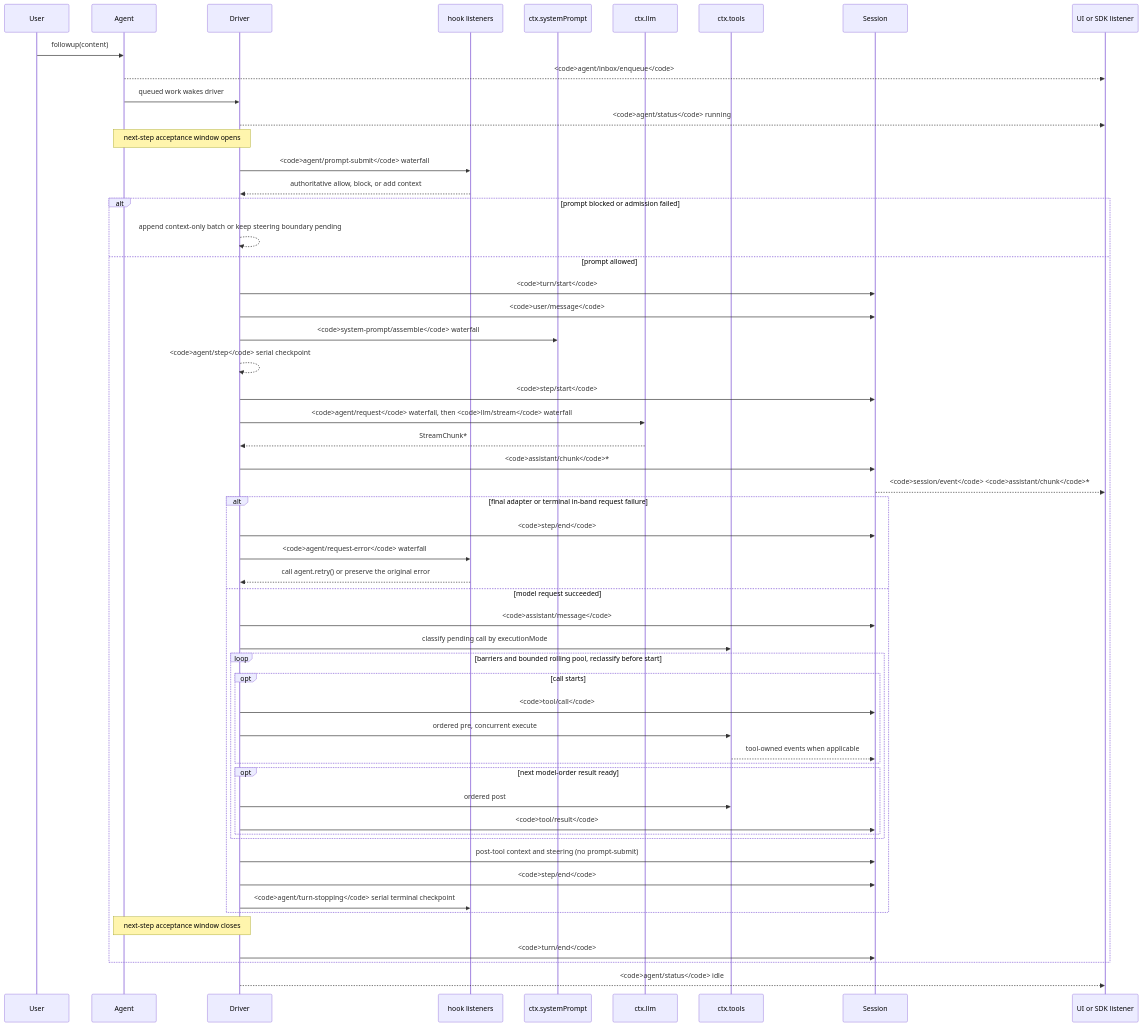
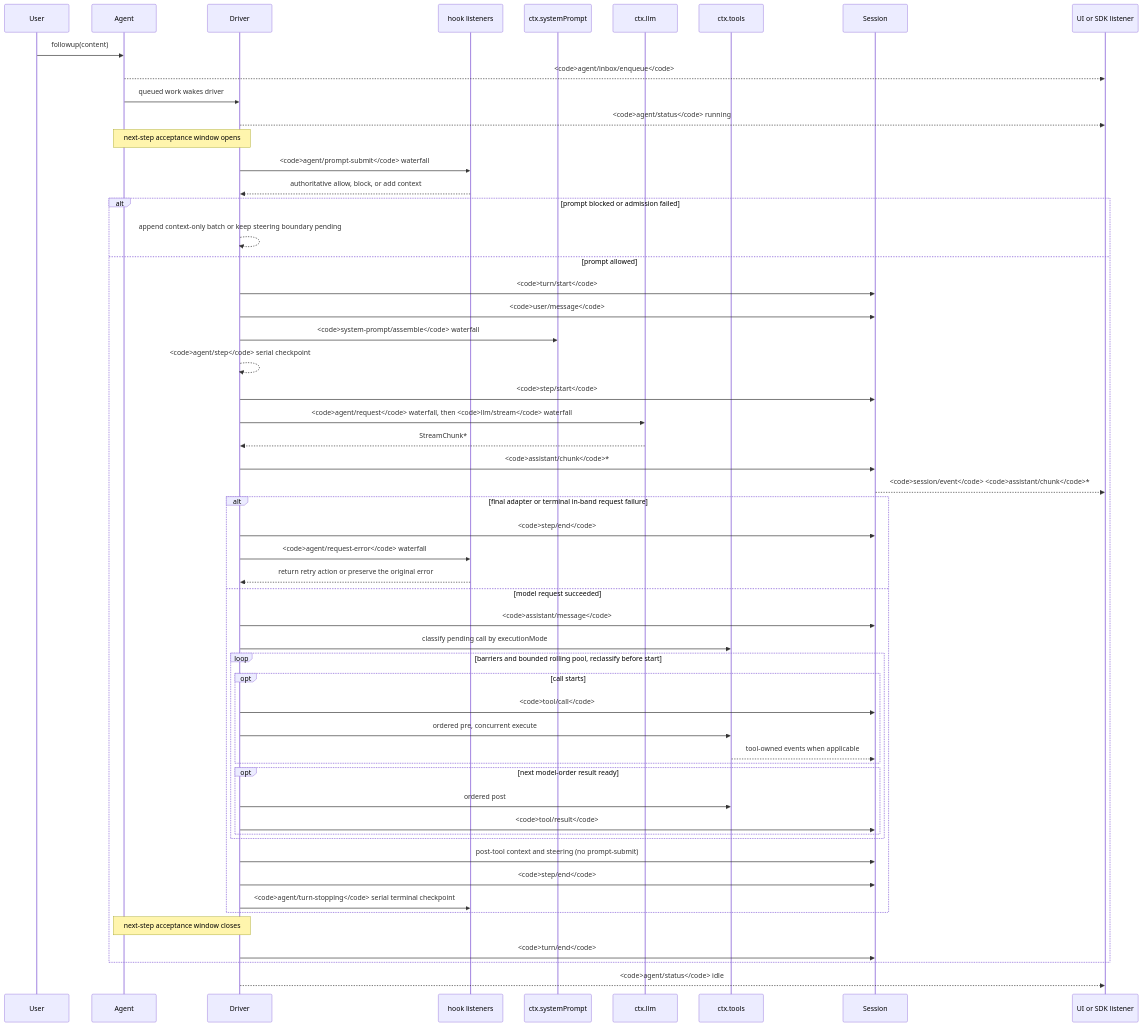
One commit to 007M7/DeepCode changed the diagram in docs/agent-lifecycle.md. Above: the diagram before and after it, drawn with Mermaid. The commit also changed 82 other files, not shown here.

Commit message:
refactor(agent): return request retry action

````diff
--- a/docs/agent-lifecycle.md
+++ b/docs/agent-lifecycle.md
@@ -8,57 +8,57 @@
 ```mermaid
 sequenceDiagram
   participant User
   participant Agent
   participant Driver
   participant Hooks as hook listeners
   participant Prompt as ctx.systemPrompt
   participant LLM as ctx.llm
   participant Tools as ctx.tools
   participant Session
   participant SDK as UI or SDK listener
   User->>Agent: followup(content)
   Agent-->>SDK: <code>agent/inbox/enqueue</code>
   Agent->>Driver: queued work wakes driver
   Driver-->>SDK: <code>agent/status</code> running
   Note over Agent,Driver: next-step acceptance window opens
   Driver->>Hooks: <code>agent/prompt-submit</code> waterfall
   Hooks-->>Driver: authoritative allow, block, or add context
   alt prompt blocked or admission failed
     Driver-->>Driver: append context-only batch or keep steering boundary pending
   else prompt allowed
   Driver->>Session: <code>turn/start</code>
   Driver->>Session: <code>user/message</code>
   Driver->>Prompt: <code>system-prompt/assemble</code> waterfall
   Driver-->>Driver: <code>agent/step</code> serial checkpoint
   Driver->>Session: <code>step/start</code>
   Driver->>LLM: <code>agent/request</code> waterfall, then <code>llm/stream</code> waterfall
   LLM-->>Driver: StreamChunk*
   Driver->>Session: <code>assistant/chunk</code>*
   Session-->>SDK: <code>session/event</code> <code>assistant/chunk</code>*
   alt final adapter or terminal in-band request failure
     Driver->>Session: <code>step/end</code>
     Driver->>Hooks: <code>agent/request-error</code> waterfall
-    Hooks-->>Driver: call agent.retry() or preserve the original error
+    Hooks-->>Driver: return retry action or preserve the original error
   else model request succeeded
   Driver->>Session: <code>assistant/message</code>
   Driver->>Tools: classify pending call by executionMode
   loop barriers and bounded rolling pool, reclassify before start
     opt call starts
       Driver->>Session: <code>tool/call</code>
       Driver->>Tools: ordered pre, concurrent execute
       Tools-->>Session: tool-owned events when applicable
     end
     opt next model-order result ready
       Driver->>Tools: ordered post
       Driver->>Session: <code>tool/result</code>
     end
   end
   Driver->>Session: post-tool context and steering (no prompt-submit)
   Driver->>Session: <code>step/end</code>
   Driver->>Hooks: <code>agent/turn-stopping</code> serial terminal checkpoint
   end
   Note over Agent,Driver: next-step acceptance window closes
   Driver->>Session: <code>turn/end</code>
   end
   Driver-->>SDK: <code>agent/status</code> idle
 ```
````
